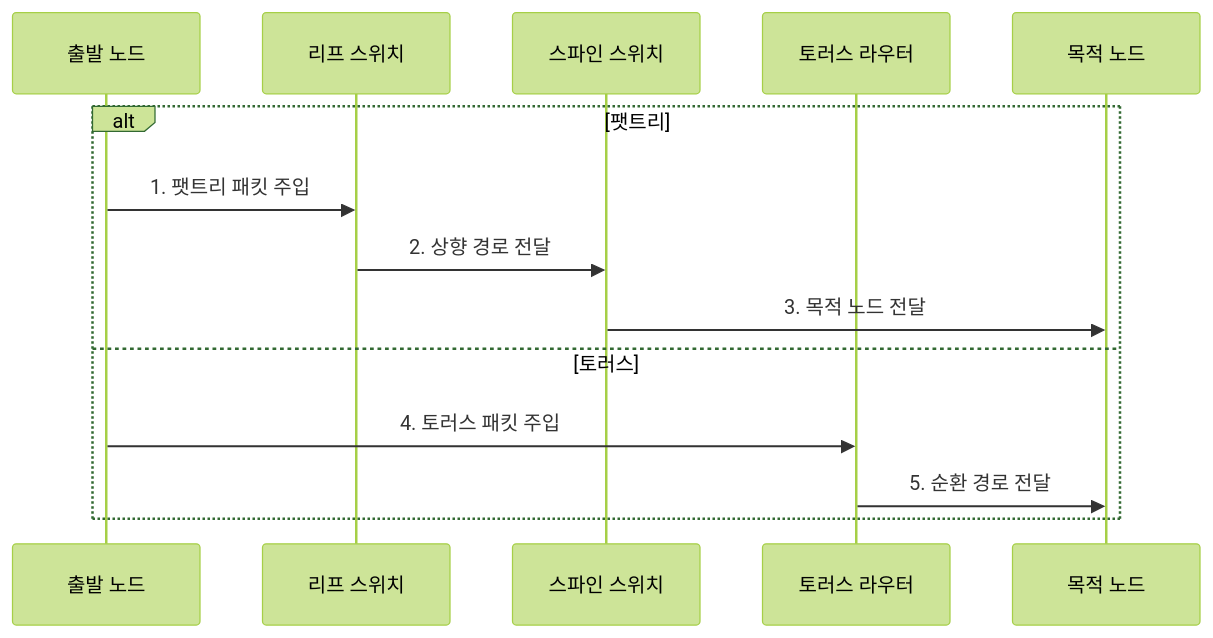
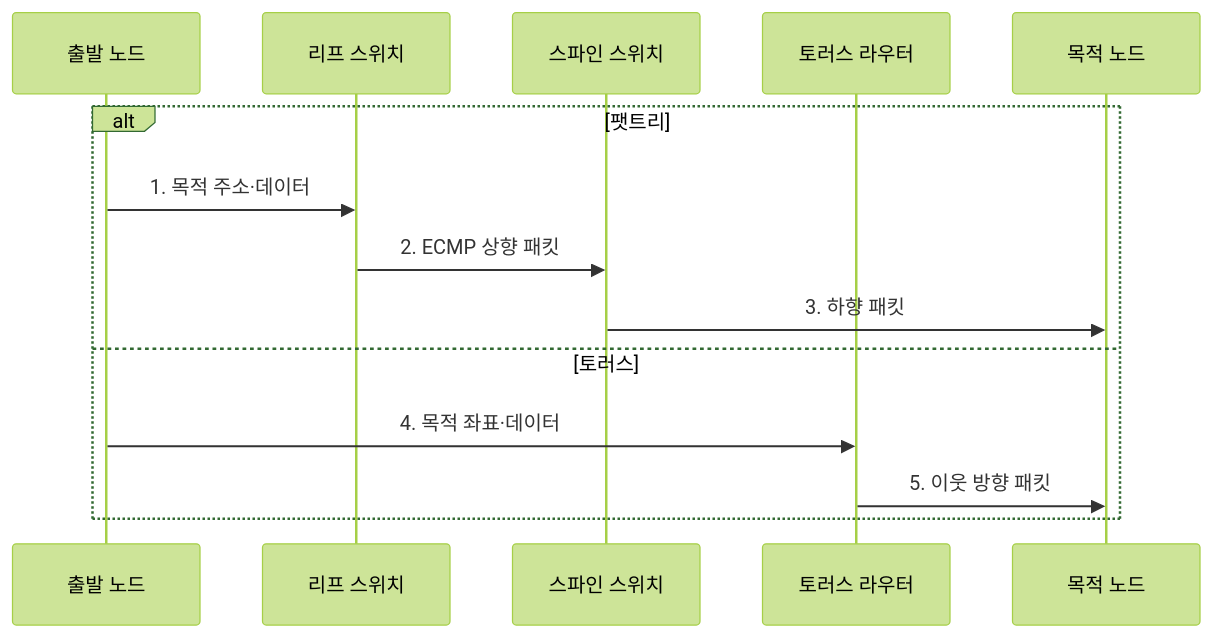
One commit to agnusdei1207/knowledge-base changed the second of 2 diagrams in src/content/docs/notes/02-hardware/094_interconnect_topology_fat_tree_torus.md. Above: the diagram before and after it, drawn with Mermaid (forest theme). The commit also changed other lines of this file and 14 other files, not shown here.

````diff
--- a/src/content/docs/notes/02-hardware/094_interconnect_topology_fat_tree_torus.md
+++ b/src/content/docs/notes/02-hardware/094_interconnect_topology_fat_tree_torus.md
@@ -96,16 +92,16 @@
 ```mermaid
 sequenceDiagram
     participant S as 출발 노드
     participant L as 리프 스위치
     participant P as 스파인 스위치
     participant R as 토러스 라우터
     participant D as 목적 노드
     alt 팻트리
-        S->>L: 1. 팻트리 패킷 주입
-        L->>P: 2. 상향 경로 전달
-        P->>D: 3. 목적 노드 전달
+        S->>L: 1. 목적 주소·데이터
+        L->>P: 2. ECMP 상향 패킷
+        P->>D: 3. 하향 패킷
     else 토러스
-        S->>R: 4. 토러스 패킷 주입
-        R->>D: 5. 순환 경로 전달
+        S->>R: 4. 목적 좌표·데이터
+        R->>D: 5. 이웃 방향 패킷
     end
 ```
````
